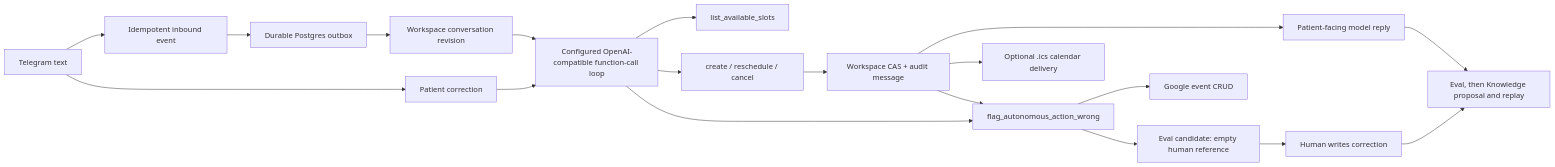
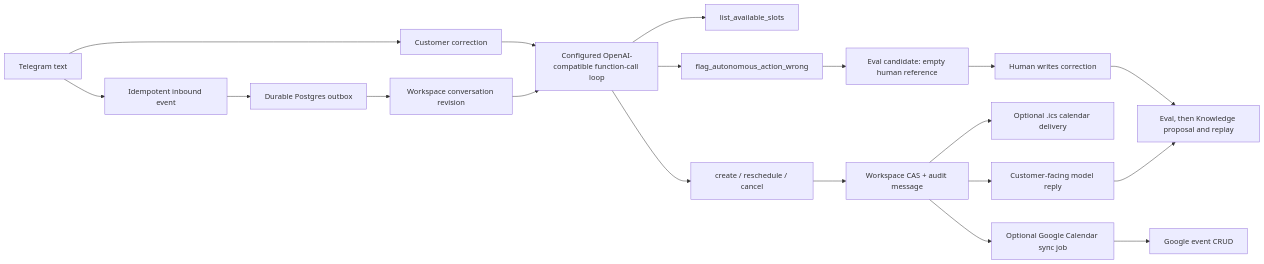
The diagram in docs/autonomous-booking-agent.md (BryanTheLai/codex-july-hackathon-official), drawn with Mermaid before and after one commit. The commit also changed other lines of this file and 64 other files, not shown here.

````diff
--- a/docs/autonomous-booking-agent.md
+++ b/docs/autonomous-booking-agent.md
@@ -23,21 +23,21 @@
 ```mermaid
 flowchart LR
   T[Telegram text] --> I[Idempotent inbound event]
   I --> O[Durable Postgres outbox]
   O --> W[Workspace conversation revision]
   W --> A[Configured OpenAI-compatible function-call loop]
   A --> S[list_available_slots]
   A --> B[create / reschedule / cancel]
   B --> C[Workspace CAS + audit message]
-  C --> R[Patient-facing model reply]
+  C --> R[Customer-facing model reply]
   R --> D[Idempotent Telegram text delivery]
   C --> K[Optional .ics calendar delivery]
   C --> G[Optional Google Calendar sync job]
   G --> X[Google event CRUD]
-  T --> F[Patient correction]
+  T --> F[Customer correction]
   F --> A
-  A --> G[flag_autonomous_action_wrong]
-  G --> E[Eval candidate: empty human reference]
+  A --> Q[flag_autonomous_action_wrong]
+  Q --> E[Eval candidate: empty human reference]
   E --> H[Human writes correction]
   H --> D[Eval, then Knowledge proposal and replay]
 ```
````
